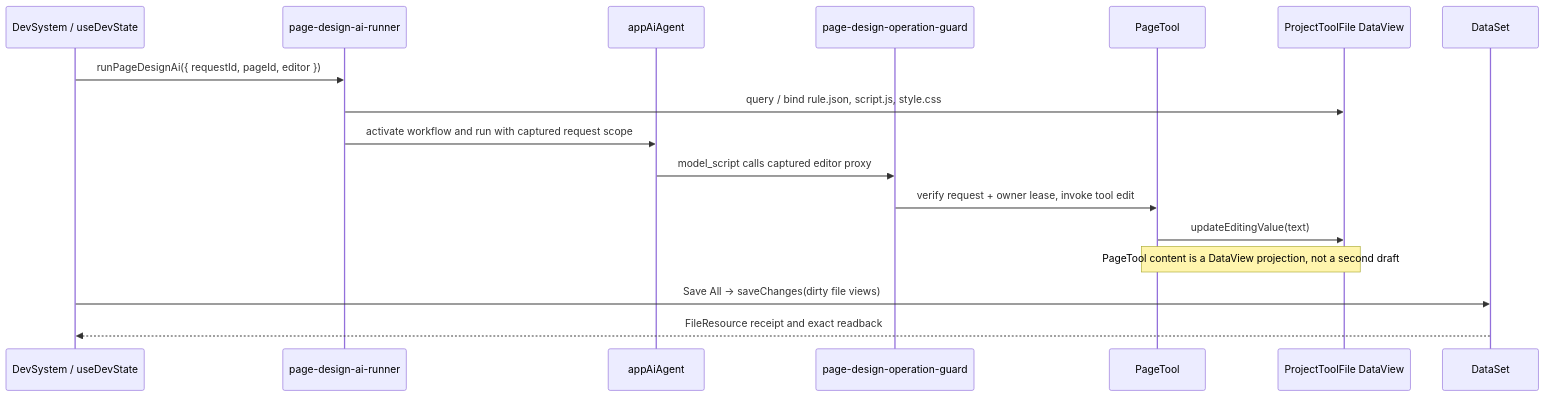
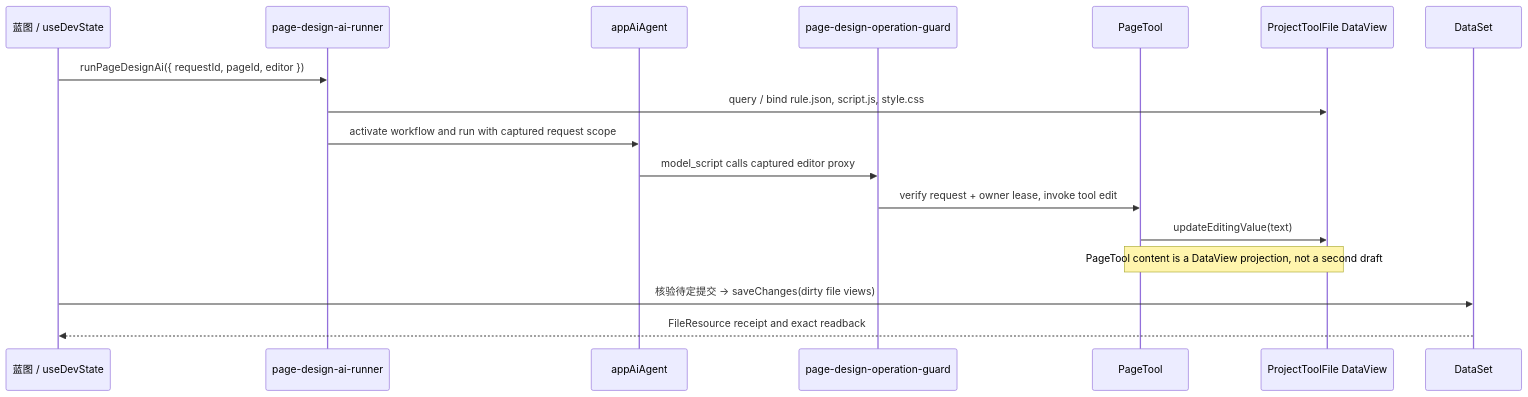
One commit to LMSpark/APPWORKS changed the diagram in packages/spark-ai/docs/pagedesign-devsystem-zh-cn.md. Above: the diagram before and after it, drawn with Mermaid. The commit also changed other lines of this file and 277 other files, not shown here.

First line of the commit message:
退役内置AppWorks应用：系统页三层承载，蓝图目标取当前应用

````diff
--- a/packages/spark-ai/docs/pagedesign-devsystem-zh-cn.md
+++ b/packages/spark-ai/docs/pagedesign-devsystem-zh-cn.md
@@ -7,19 +7,19 @@
 ```mermaid
 sequenceDiagram
-  participant UI as DevSystem / useDevState
+  participant UI as 蓝图 / useDevState
   participant Runner as page-design-ai-runner
   participant Host as appAiAgent
   participant Guard as page-design-operation-guard
   participant Page as PageTool
   participant View as ProjectToolFile DataView
   participant Set as DataSet
   UI->>Runner: runPageDesignAi({ requestId, pageId, editor })
   Runner->>View: query / bind rule.json, script.js, style.css
   Runner->>Host: activate workflow and run with captured request scope
   Host->>Guard: model_script calls captured editor proxy
   Guard->>Page: verify request + owner lease, invoke tool edit
   Page->>View: updateEditingValue(text)
   Note over Page,View: PageTool content is a DataView projection, not a second draft
-  UI->>Set: Save All → saveChanges(dirty file views)
+  UI->>Set: 核验待定提交 → saveChanges(dirty file views)
   Set-->>UI: FileResource receipt and exact readback
 ```
````
